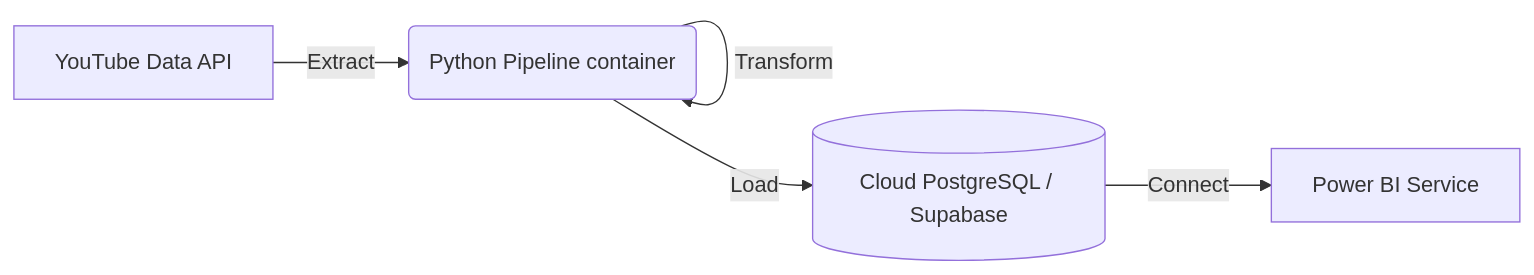
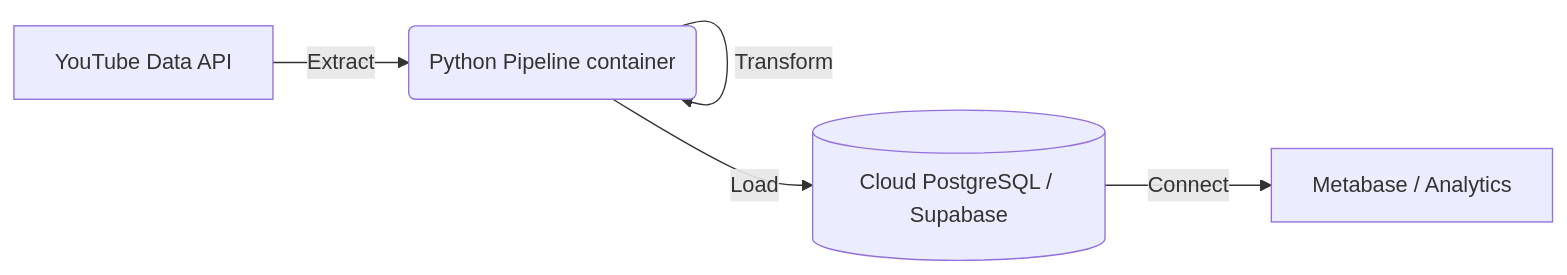
The diagram in README.md (meet7364/youtube-analytics-pipeline), drawn with Mermaid before and after one commit. The commit also changed other lines of this file, not shown here.

Commit message:
refactor: remove power bi layer

````diff
--- a/README.md
+++ b/README.md
@@ -7,7 +7,7 @@
 ```mermaid
 graph LR
     A[YouTube Data API] -->|Extract| B(Python Pipeline container)
     B -->|Transform| B
     B -->|Load| C[(Cloud PostgreSQL / Supabase)]
-    C -->|Connect| D[Power BI Service]
+    C -->|Connect| D[Metabase / Analytics]
 ```
````
